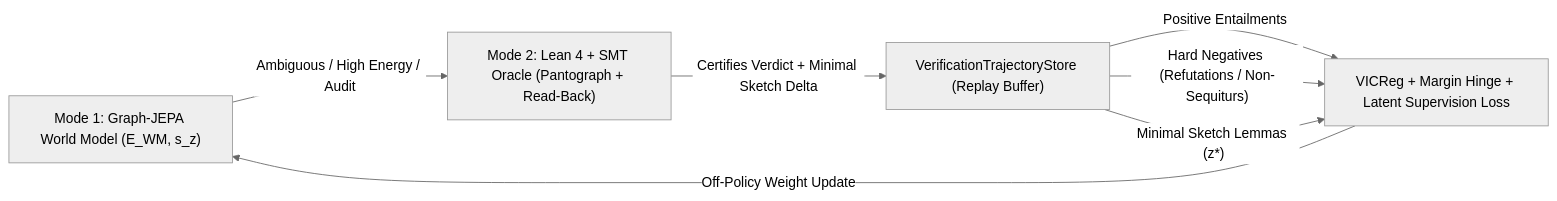
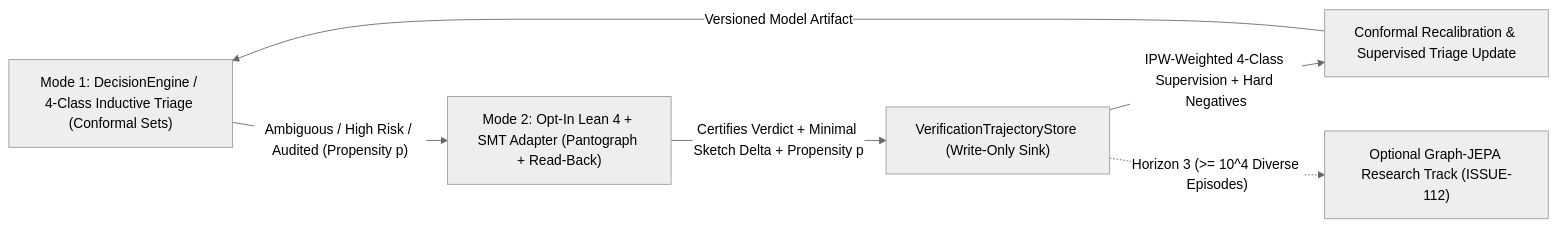
The diagram in issues/12-neuro-symbolic-world-models-and-lean/ISSUE-114-neuro-symbolic-interaction-dynamics-and-distillation.md (maxoem/EpistemeX), drawn with Mermaid (neutral theme) before and after one commit. The commit also changed other lines of this file and 17 other files, not shown here.

Commit message:
feat(issues): including a refactoring plan and target architecture map

````diff
--- a/issues/12-neuro-symbolic-world-models-and-lean/ISSUE-114-neuro-symbolic-interaction-dynamics-and-distillation.md
+++ b/issues/12-neuro-symbolic-world-models-and-lean/ISSUE-114-neuro-symbolic-interaction-dynamics-and-distillation.md
@@ -57,9 +61,8 @@
 ```mermaid
 flowchart LR
-    M1["Mode 1: Graph-JEPA World Model (E_WM, s_z)"] -->|"Ambiguous / High Energy / Audit"| M2["Mode 2: Lean 4 + SMT Oracle (Pantograph + Read-Back)"]
-    M2 -->|"Certifies Verdict + Minimal Sketch Delta"| RB["VerificationTrajectoryStore (Replay Buffer)"]
-    RB -->|"Positive Entailments"| Loss["VICReg + Margin Hinge + Latent Supervision Loss"]
-    RB -->|"Hard Negatives (Refutations / Non-Sequiturs)"| Loss
-    RB -->|"Minimal Sketch Lemmas (z*)"| Loss
-    Loss -->|"Off-Policy Weight Update"| M1
+    M1["Mode 1: DecisionEngine / 4-Class Inductive Triage (Conformal Sets)"] -->|"Ambiguous / High Risk / Audited (Propensity p)"| M2["Mode 2: Opt-In Lean 4 + SMT Adapter (Pantograph + Read-Back)"]
+    M2 -->|"Certifies Verdict + Minimal Sketch Delta + Propensity p"| RB["VerificationTrajectoryStore (Write-Only Sink)"]
+    RB -->|"IPW-Weighted 4-Class Supervision + Hard Negatives"| Cal["Conformal Recalibration & Supervised Triage Update"]
+    RB -.->|"Horizon 3 (>= 10^4 Diverse Episodes)"| JEPA["Optional Graph-JEPA Research Track (ISSUE-112)"]
+    Cal -->|"Versioned Model Artifact"| M1
 ```
````
